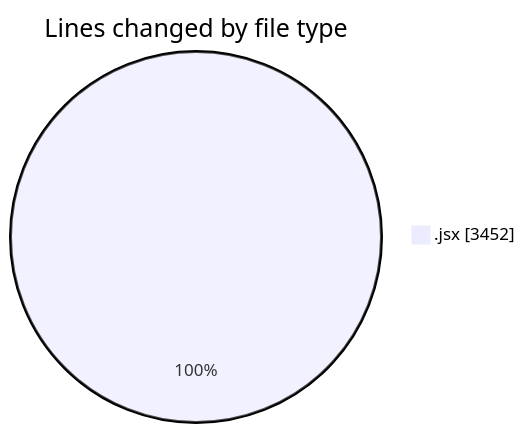
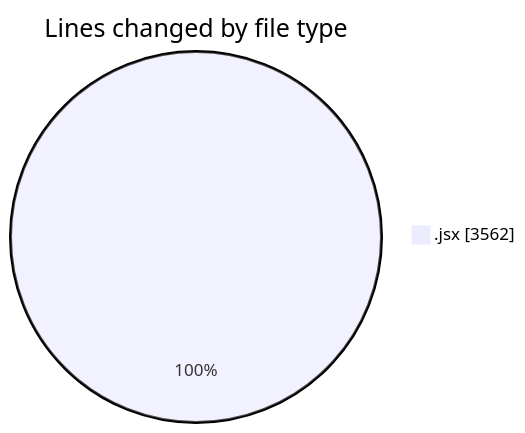
The first of 2 diagrams in 2025-05-14/argos-dev/README.md (nxtqubesakshisongat/code-tracking), drawn with Mermaid before and after one commit. The commit also changed other lines of this file and 1 other file, not shown here.

````diff
--- a/2025-05-14/argos-dev/README.md
+++ b/2025-05-14/argos-dev/README.md
@@ -24,5 +25,5 @@
 ```mermaid
 pie showData
 title Lines changed by file type
-".jsx" : 3452
+".jsx" : 3562
 ```
````
